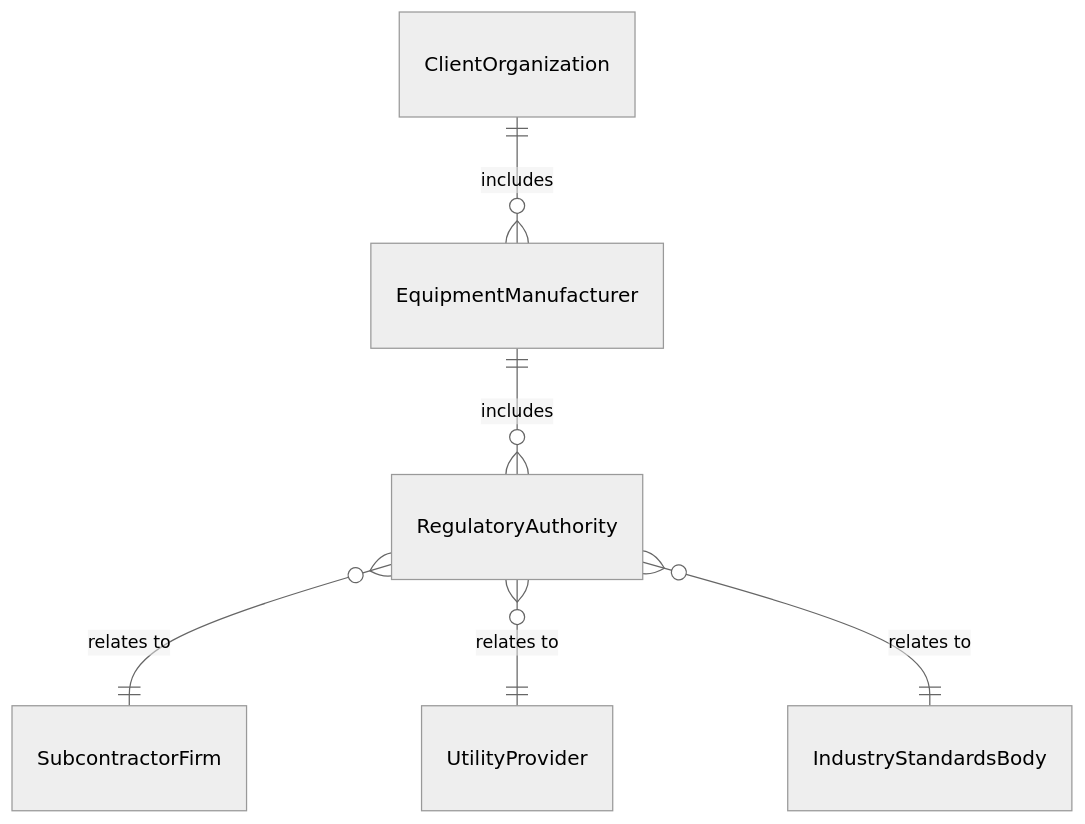
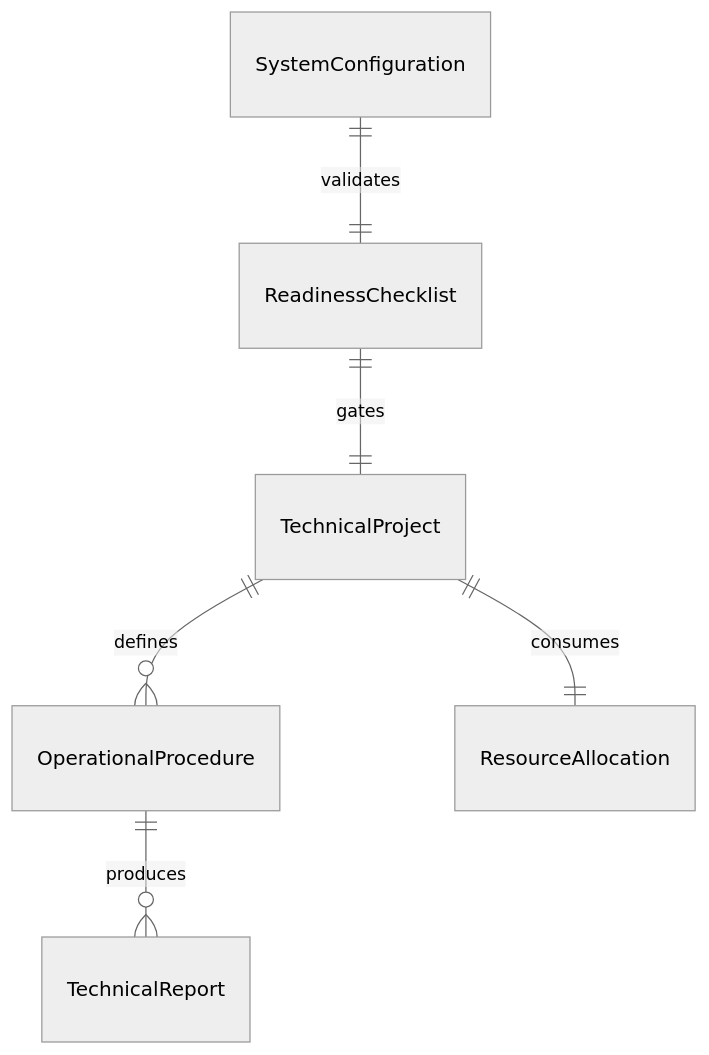
Before and after one commit to dot-org-ai/tasks.org.ai: the first of 4 diagrams in GuidingDirectingAndMotivatingSubordinates/DirectScientificOrTechnicalActivities/DirectTechnicalActivitiesOperations.mdx, drawn with Mermaid (neutral theme). The commit also changed other lines of this file and 515 other files, not shown here.

````diff
--- a/GuidingDirectingAndMotivatingSubordinates/DirectScientificOrTechnicalActivities/DirectTechnicalActivitiesOperations.mdx
+++ b/GuidingDirectingAndMotivatingSubordinates/DirectScientificOrTechnicalActivities/DirectTechnicalActivitiesOperations.mdx
@@ -89,8 +89,8 @@
 ```mermaid
 erDiagram
-    ClientOrganization ||--o{ EquipmentManufacturer : includes
-    EquipmentManufacturer ||--o{ RegulatoryAuthority : includes
-    RegulatoryAuthority }o--|| SubcontractorFirm : "relates to"
-    RegulatoryAuthority }o--|| UtilityProvider : "relates to"
-    RegulatoryAuthority }o--|| IndustryStandardsBody : "relates to"
+    TechnicalProject ||--o{ OperationalProcedure : "defines"
+    TechnicalProject ||--|| ResourceAllocation : "consumes"
+    SystemConfiguration ||--|| ReadinessChecklist : "validates"
+    OperationalProcedure ||--o{ TechnicalReport : "produces"
+    ReadinessChecklist ||--|| TechnicalProject : "gates"
 ```
````
